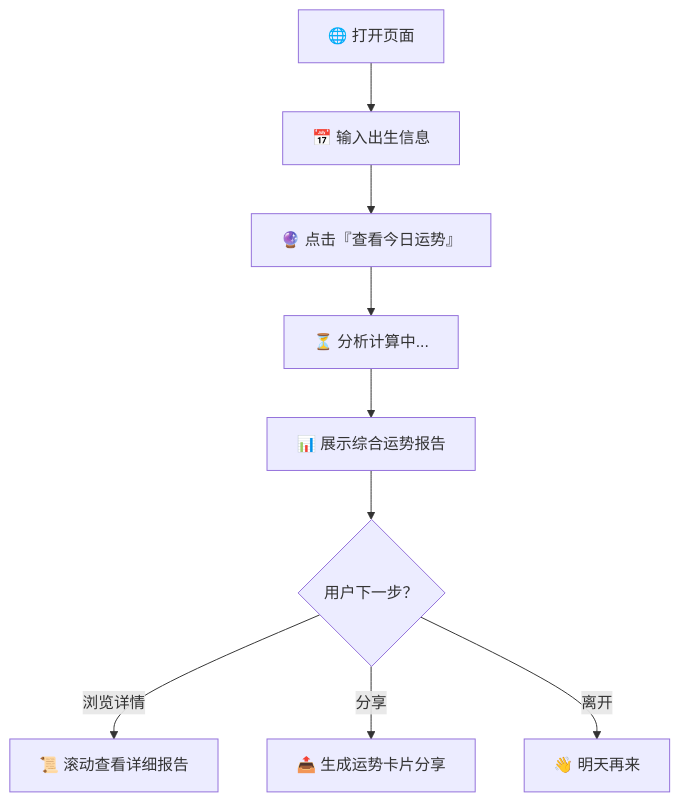
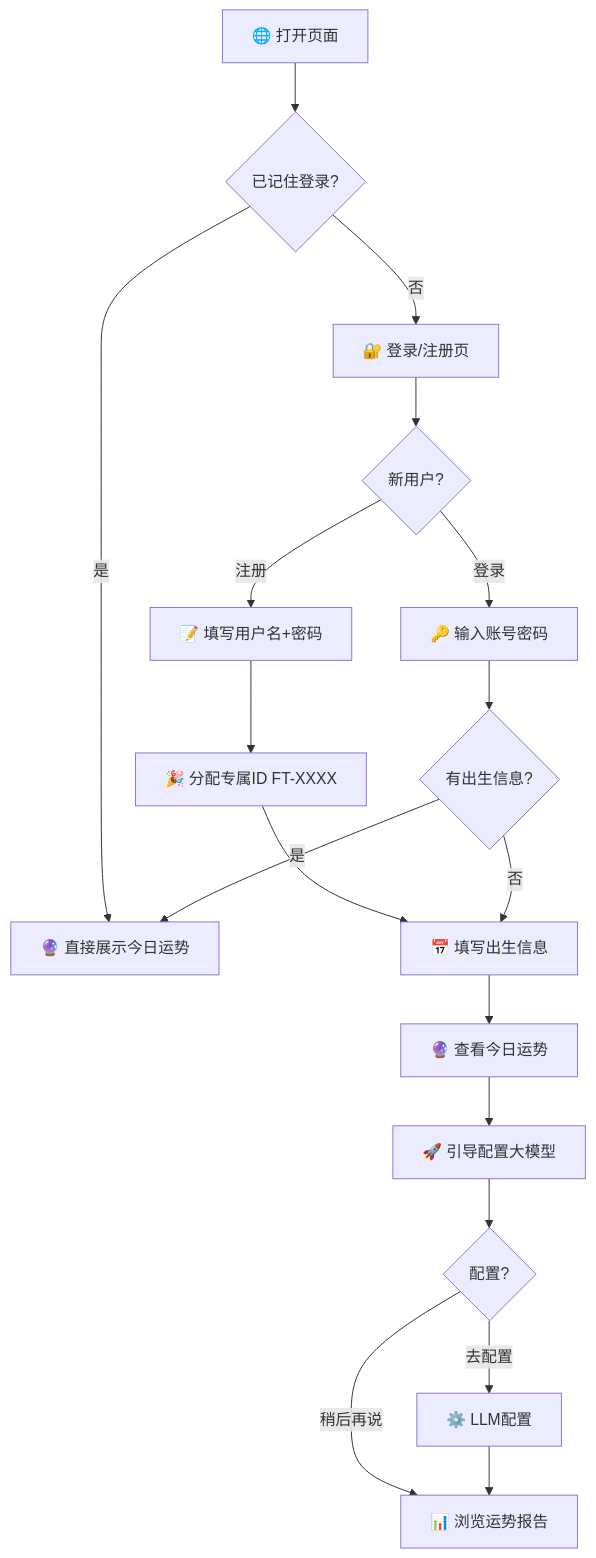
The first of 3 diagrams in docs/flowcharts/user-journey.md (Dongby329/daily-fortune-analyzer), drawn with Mermaid before and after one commit. The commit also changed other lines of this file and 5 other files, not shown here.

First line of the commit message:
📝 同步更新全部文档——流程图/竞品/需求/市场

````diff
--- a/docs/flowcharts/user-journey.md
+++ b/docs/flowcharts/user-journey.md
@@ -9,11 +9,20 @@
 ```mermaid
 flowchart TD
-    A[🌐 打开页面] --> B[📅 输入出生信息]
-    B --> C[🔮 点击『查看今日运势』]
-    C --> D[⏳ 分析计算中...]
-    D --> E[📊 展示综合运势报告]
-    E --> F{用户下一步？}
-    F -->|浏览详情| G[📜 滚动查看详细报告]
-    F -->|分享| H[📤 生成运势卡片分享]
-    F -->|离开| I[👋 明天再来]
+    A[🌐 打开页面] --> B{已记住登录?}
+    B -->|是| C[🔮 直接展示今日运势]
+    B -->|否| D[🔐 登录/注册页]
+    D --> E{新用户?}
+    E -->|注册| F[📝 填写用户名+密码]
+    F --> G[🎉 分配专属ID FT-XXXX]
+    G --> H[📅 填写出生信息]
+    E -->|登录| I[🔑 输入账号密码]
+    I --> J{有出生信息?}
+    J -->|是| C
+    J -->|否| H
+    H --> K[🔮 查看今日运势]
+    K --> L[🚀 引导配置大模型]
+    L --> M{配置?}
+    M -->|去配置| N[⚙️ LLM配置]
+    M -->|稍后再说| O[📊 浏览运势报告]
+    N --> O
 ```
````
